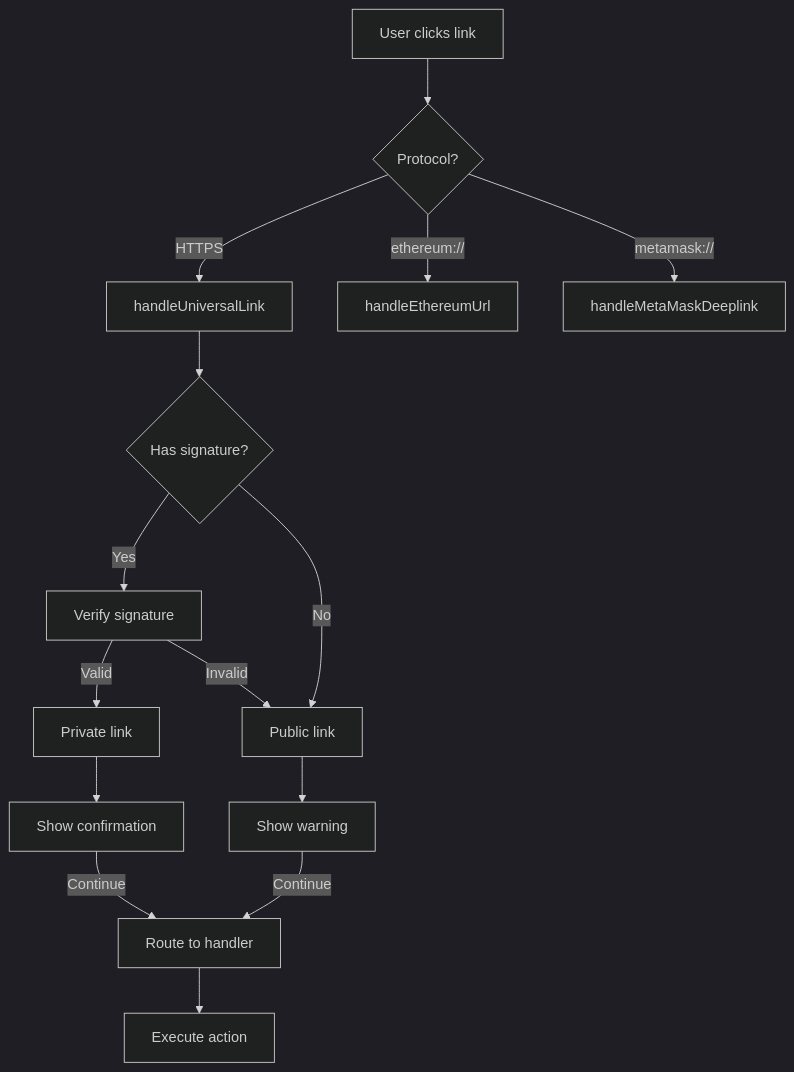
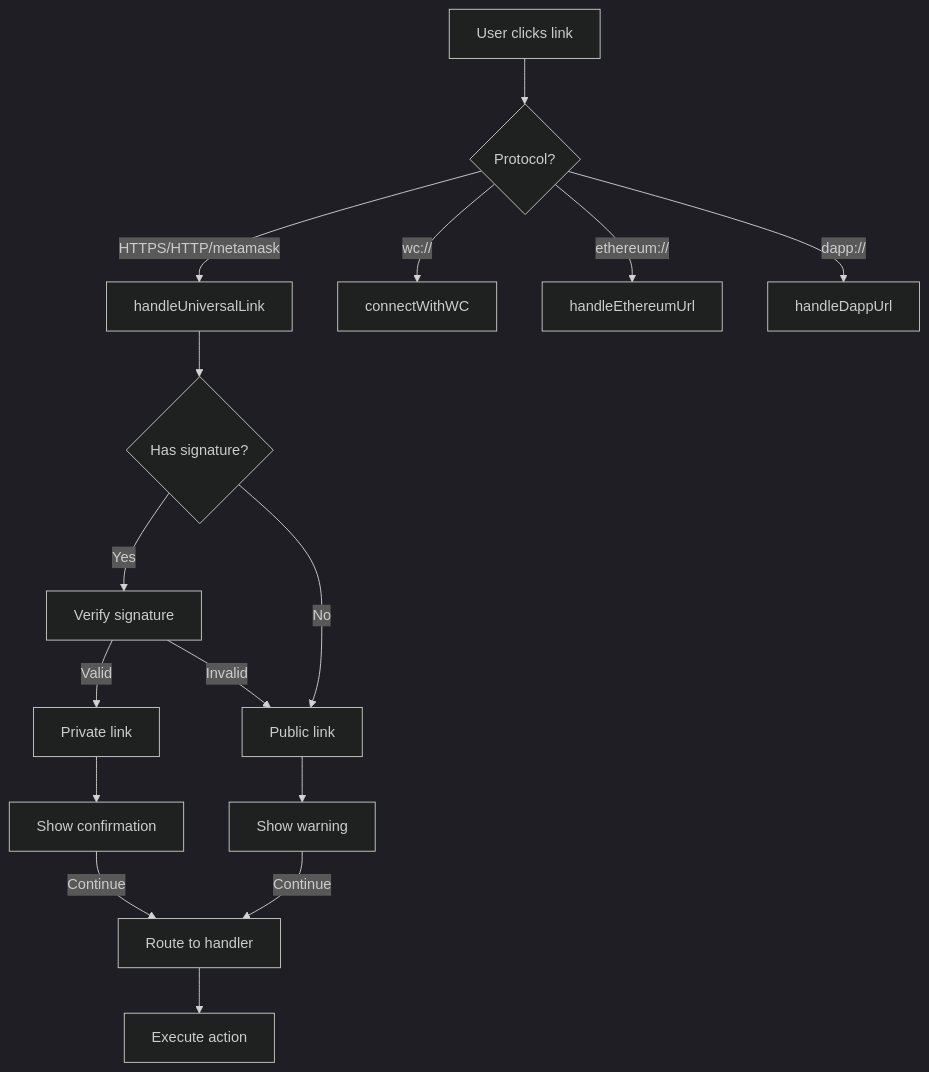
One commit to MetaMask/metamask-mobile changed the diagram in docs/readme/deeplinking.md. Above: the diagram before and after it, drawn with Mermaid (dark theme). The commit also changed other lines of this file and 3 other files, not shown here.

````diff
--- a/docs/readme/deeplinking.md
+++ b/docs/readme/deeplinking.md
@@ -482,22 +554,23 @@
 ```mermaid
 graph TD
     A[User clicks link] --> B{Protocol?}
-    B -->|HTTPS| C[handleUniversalLink]
-    B -->|ethereum://| D[handleEthereumUrl]
-    B -->|metamask://| E[handleMetaMaskDeeplink]
+    B -->|HTTPS/HTTP/metamask| C[handleUniversalLink]
+    B -->|wc://| D[connectWithWC]
+    B -->|ethereum://| E[handleEthereumUrl]
+    B -->|dapp://| F[handleDappUrl]
 
-    C --> F{Has signature?}
-    F -->|Yes| G[Verify signature]
-    F -->|No| H[Public link]
+    C --> G{Has signature?}
+    G -->|Yes| H[Verify signature]
+    G -->|No| I[Public link]
 
-    G -->|Valid| I[Private link]
-    G -->|Invalid| H
+    H -->|Valid| J[Private link]
+    H -->|Invalid| I
 
-    I --> J[Show confirmation]
-    H --> K[Show warning]
+    J --> K[Show confirmation]
+    I --> L[Show warning]
 
-    J -->|Continue| L[Route to handler]
-    K -->|Continue| L
+    K -->|Continue| M[Route to handler]
+    L -->|Continue| M
 
-    L --> M[Execute action]
+    M --> N[Execute action]
 ```
````
